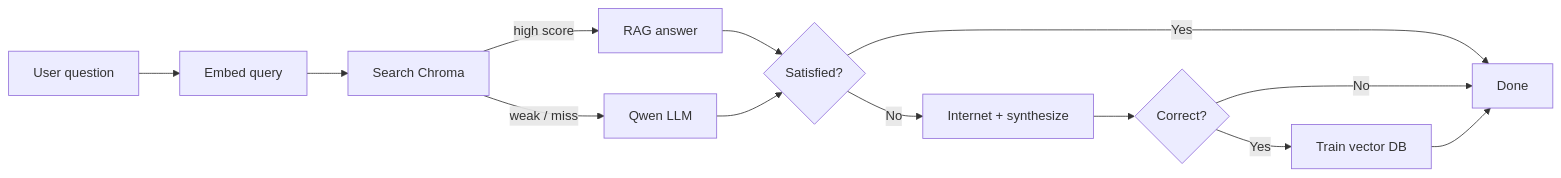
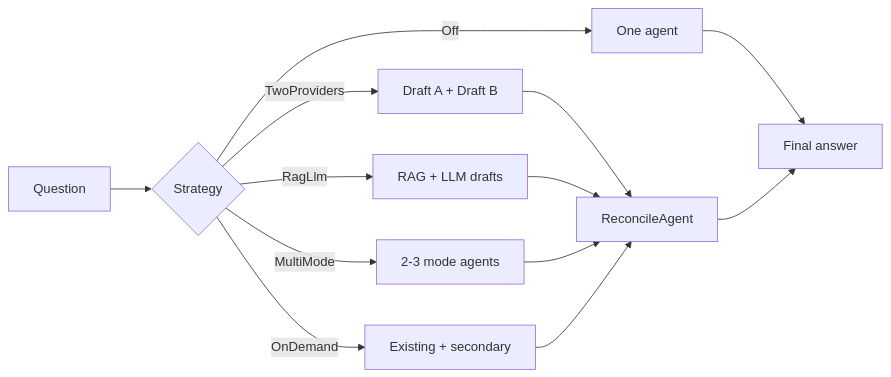
The second of 2 diagrams in docs/architecture.md (Avinash258/RagBaseSolution), drawn with Mermaid before and after one commit. The commit also changed other lines of this file and 28 other files, not shown here.

First line of the commit message:
Add multi-mode Testing Hub with specialist agents and AI Reconcile.

````diff
--- a/docs/architecture.md
+++ b/docs/architecture.md
@@ -103,15 +58,15 @@
 ```mermaid
 flowchart LR
-  q["User question"] --> emb["Embed query"]
-  emb --> vec["Search Chroma"]
-  vec -->|"high score"| rag["RAG answer"]
-  vec -->|"weak / miss"| llm["Qwen LLM"]
-  rag --> sat{"Satisfied?"}
-  llm --> sat
-  sat -->|"Yes"| done["Done"]
-  sat -->|"No"| net["Internet + synthesize"]
-  net --> save{"Correct?"}
-  save -->|"Yes"| kb["Train vector DB"]
-  save -->|"No"| done
-  kb --> done
+  q["Question"] --> strat{"Strategy"}
+  strat -->|Off| single["One agent"]
+  strat -->|TwoProviders| a["Draft A + Draft B"]
+  strat -->|RagLlm| b["RAG + LLM drafts"]
+  strat -->|MultiMode| c["2-3 mode agents"]
+  strat -->|OnDemand| d["Existing + secondary"]
+  a --> merge["ReconcileAgent"]
+  b --> merge
+  c --> merge
+  d --> merge
+  single --> out["Final answer"]
+  merge --> out
 ```
````
